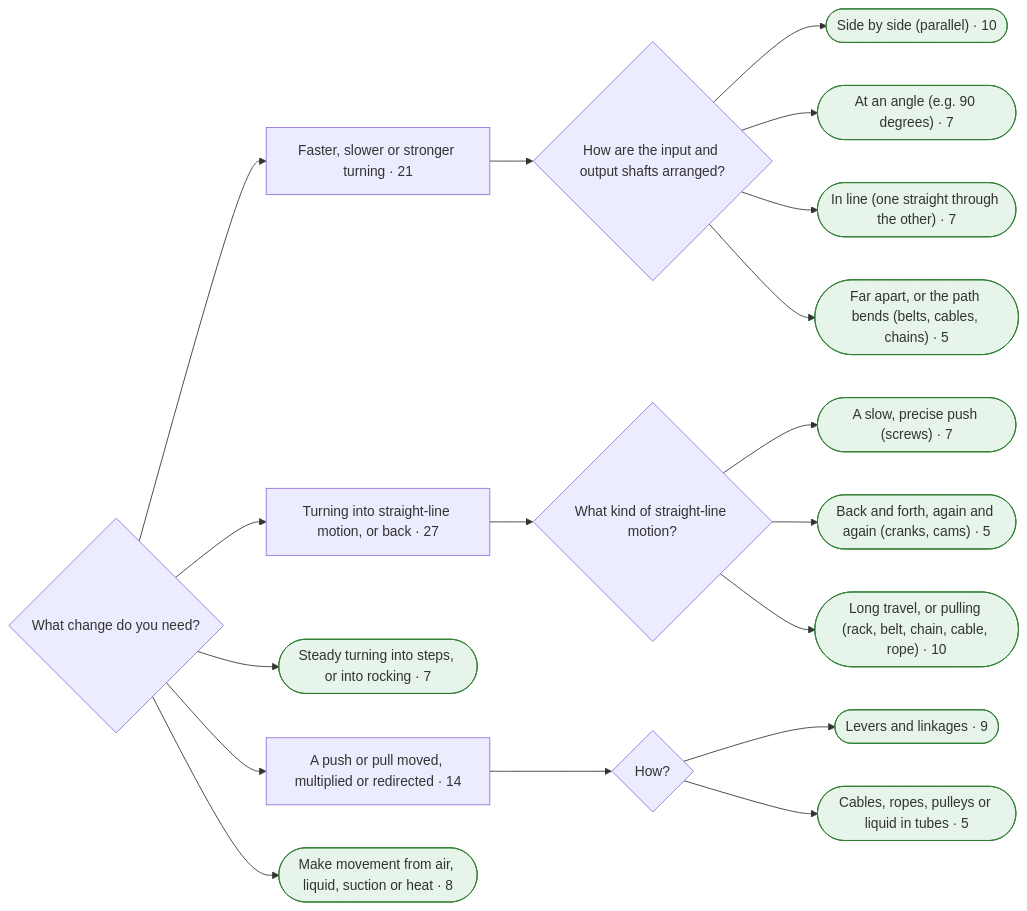
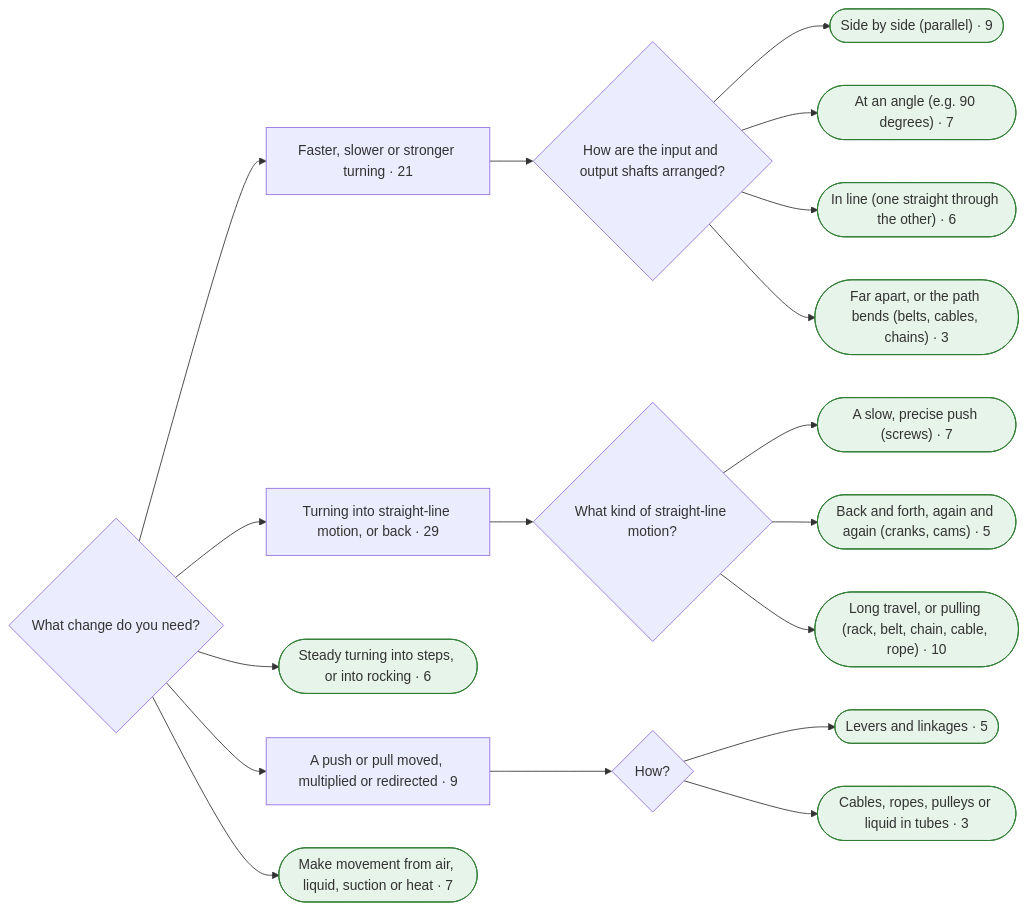
Before and after one commit to smileymcfrown/EncyclopediaOfConnections: the sixth of 11 diagrams in research/finder-test/mermaid.md, drawn with Mermaid. The commit also changed other lines of this file and 42 other files, not shown here.

````diff
--- a/research/finder-test/mermaid.md
+++ b/research/finder-test/mermaid.md
@@ -723,51 +723,51 @@
 ```mermaid
 flowchart LR
   q264{"What change do you need?"}
   a265["Faster, slower or stronger turning · 21"]
   q264 --> a265
   q266{"How are the input and output shafts arranged?"}
   a265 --> q266
-  a267(["Side by side (parallel) · 10"])
+  a267(["Side by side (parallel) · 9"])
   q266 --> a267
   class a267 leaf
   a268(["At an angle (e.g. 90 degrees) · 7"])
   q266 --> a268
   class a268 leaf
-  a269(["In line (one straight through the other) · 7"])
+  a269(["In line (one straight through the other) · 6"])
   q266 --> a269
   class a269 leaf
-  a270(["Far apart, or the path bends (belts, cables, chains) · 5"])
+  a270(["Far apart, or the path bends (belts, cables, chains) · 3"])
   q266 --> a270
   class a270 leaf
-  a271["Turning into straight-line motion, or back · 27"]
+  a271["Turning into straight-line motion, or back · 29"]
   q264 --> a271
   q272{"What kind of straight-line motion?"}
   a271 --> q272
   a273(["A slow, precise push (screws) · 7"])
   q272 --> a273
   class a273 leaf
   a274(["Back and forth, again and again (cranks, cams) · 5"])
   q272 --> a274
   class a274 leaf
   a275(["Long travel, or pulling (rack, belt, chain, cable, rope) · 10"])
   q272 --> a275
   class a275 leaf
-  a276(["Steady turning into steps, or into rocking · 7"])
+  a276(["Steady turning into steps, or into rocking · 6"])
   q264 --> a276
   class a276 leaf
-  a277["A push or pull moved, multiplied or redirected · 14"]
+  a277["A push or pull moved, multiplied or redirected · 9"]
   q264 --> a277
   q278{"How?"}
   a277 --> q278
-  a279(["Levers and linkages · 9"])
+  a279(["Levers and linkages · 5"])
   q278 --> a279
   class a279 leaf
-  a280(["Cables, ropes, pulleys or liquid in tubes · 5"])
+  a280(["Cables, ropes, pulleys or liquid in tubes · 3"])
   q278 --> a280
   class a280 leaf
-  a281(["Make movement from air, liquid, suction or heat · 8"])
+  a281(["Make movement from air, liquid, suction or heat · 7"])
   q264 --> a281
   class a281 leaf
   classDef leaf fill:#e6f4ea,stroke:#2e7d32
   classDef more fill:#fff4e5,stroke:#b26a00
 ```
````
